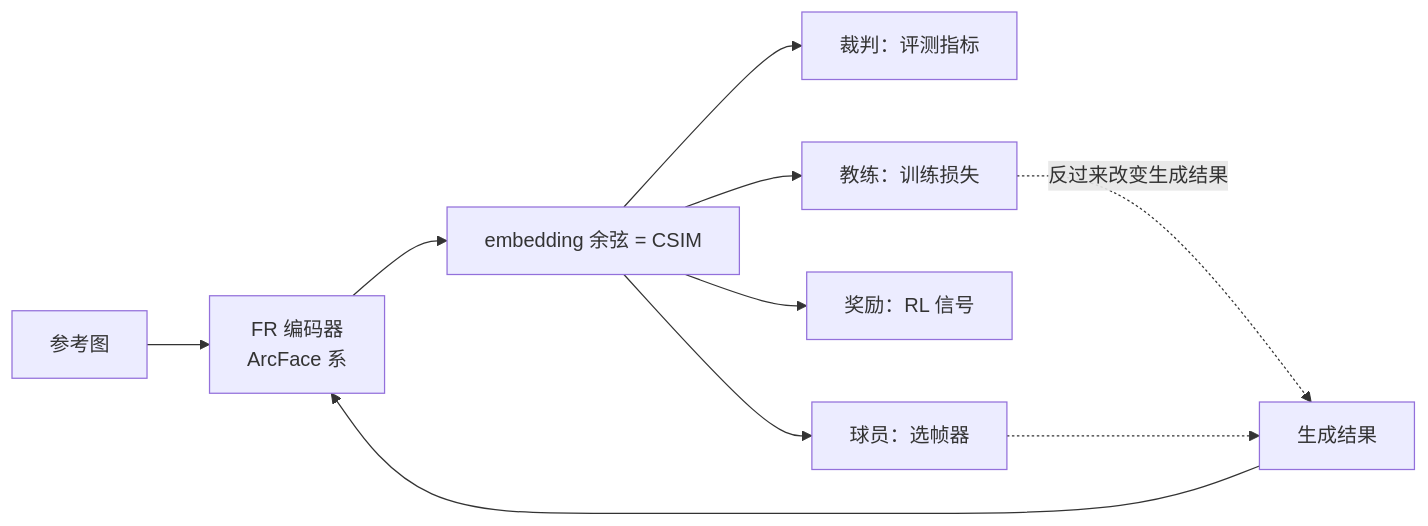
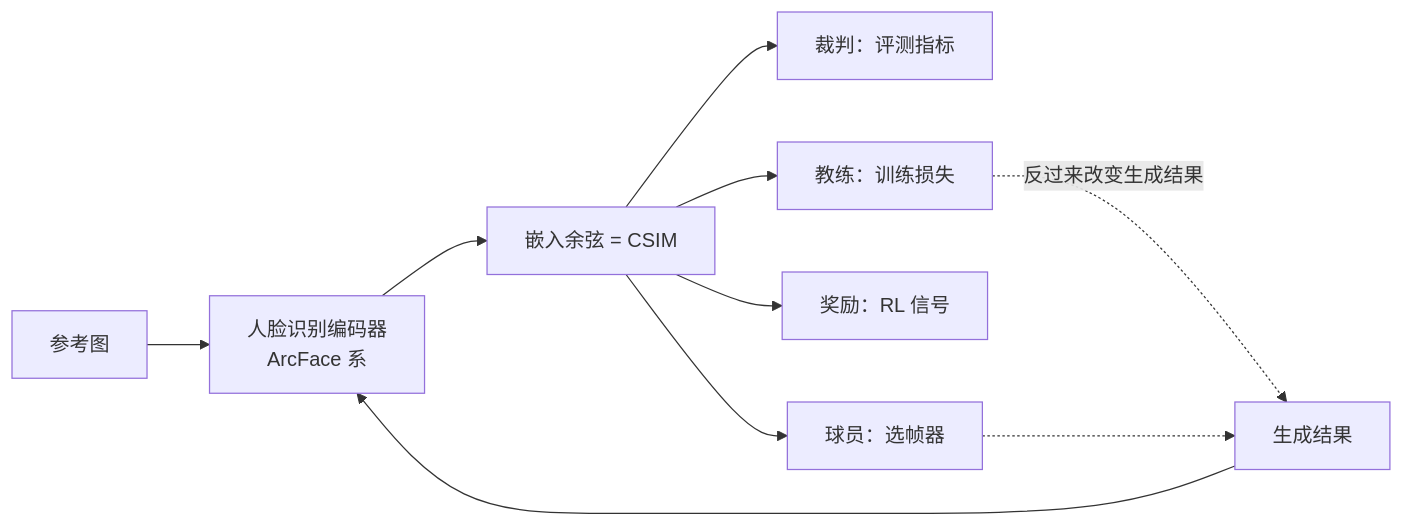
One commit to gongshangzheng/digital-human changed the third of 4 diagrams in management/docs/数字人概述/数字人身份.md. Above: the diagram before and after it, drawn with Mermaid. The commit also changed other lines of this file and 6 other files, not shown here.

````diff
--- a/management/docs/数字人概述/数字人身份.md
+++ b/management/docs/数字人概述/数字人身份.md
@@ -159,12 +159,12 @@
 ```mermaid
 flowchart LR
-    R["参考图"] --> FR["FR 编码器<br/>ArcFace 系"]
-    G["生成结果"] --> FR
-    FR --> CSIM["embedding 余弦 = CSIM"]
+    R["参考图"] --> ENC["人脸识别编码器<br/>ArcFace 系"]
+    G["生成结果"] --> ENC
+    ENC --> CSIM["嵌入余弦 = CSIM"]
     CSIM --> J["裁判：评测指标"]
     CSIM --> T["教练：训练损失"]
     CSIM --> RL["奖励：RL 信号"]
     CSIM --> S["球员：选帧器"]
     T -.->|"反过来改变生成结果"| G
     S -.-> G
 ```
````
